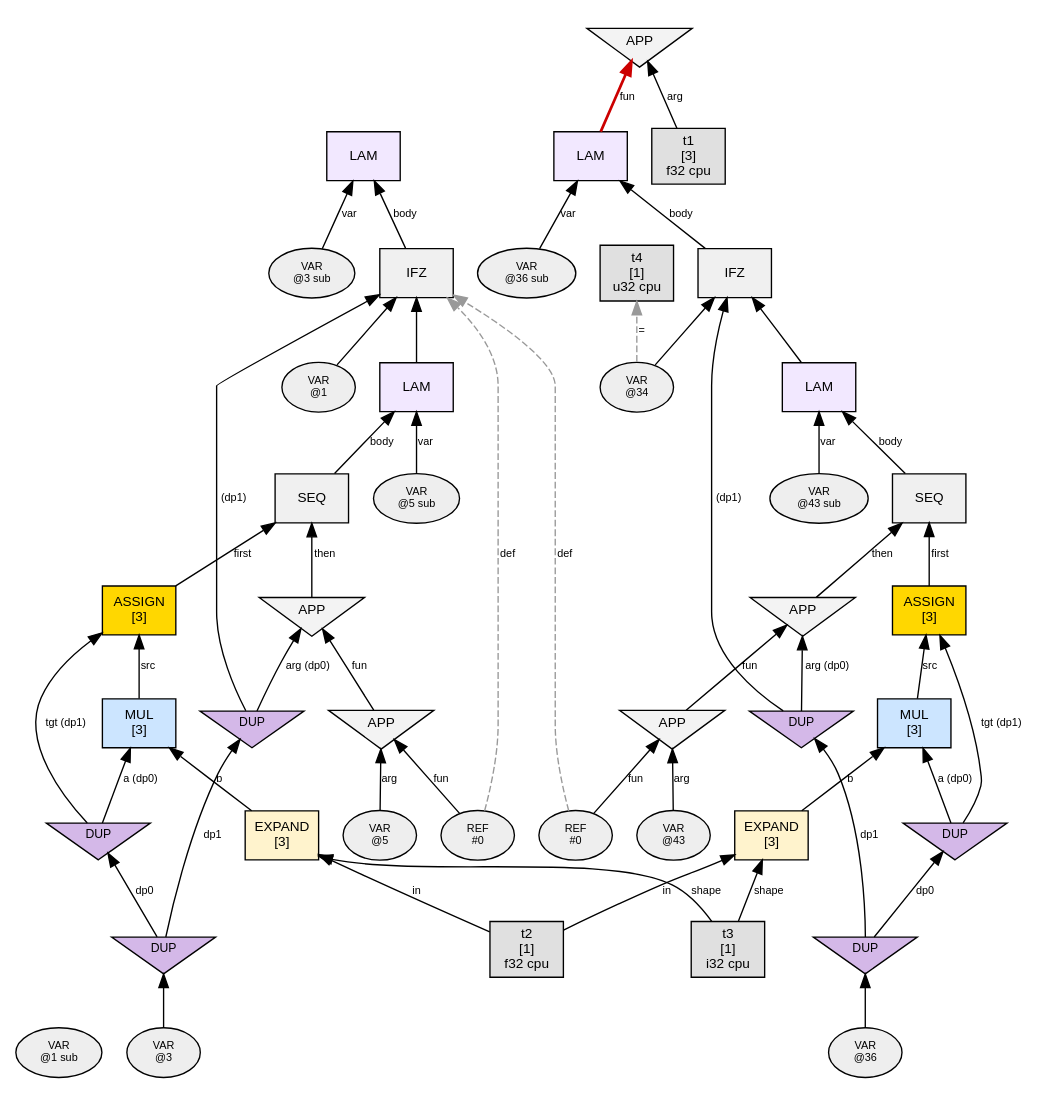
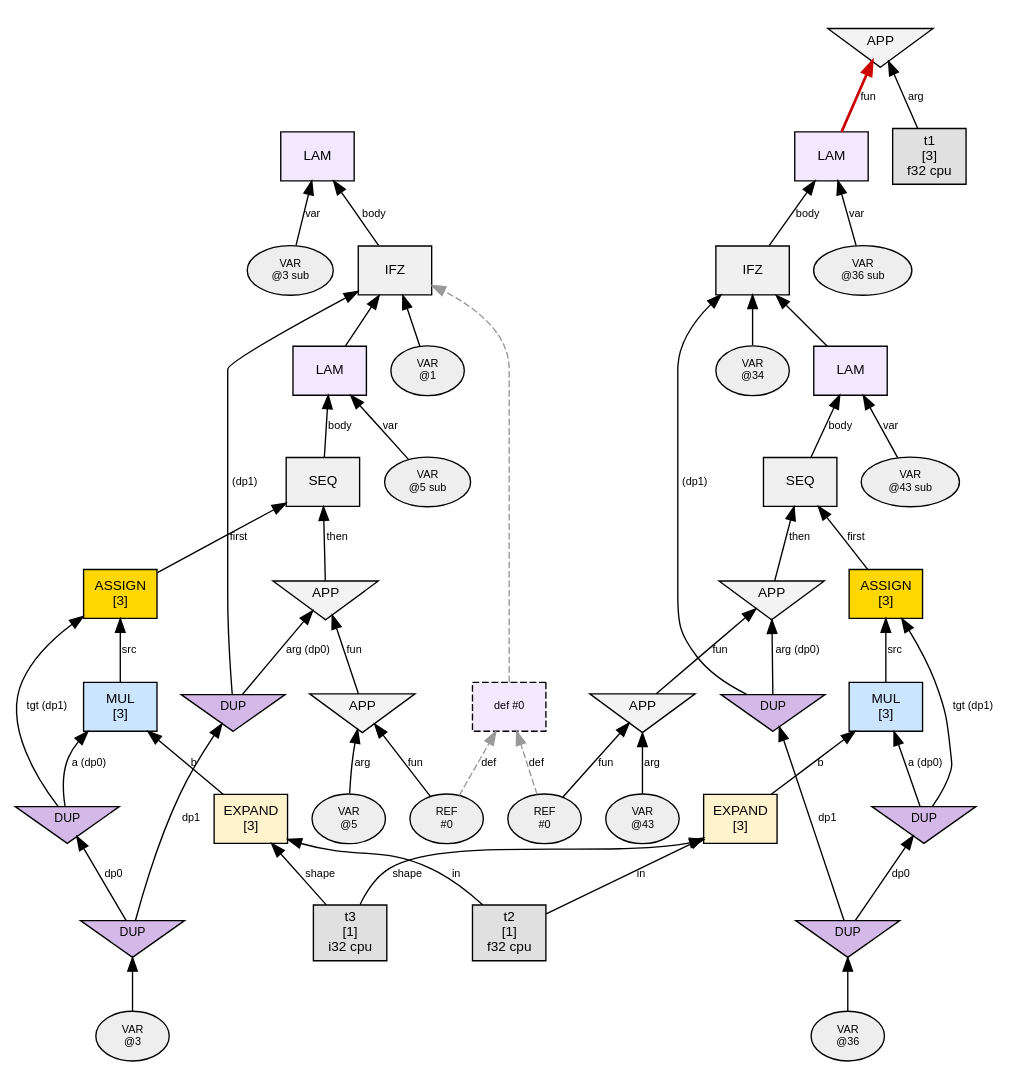
Before and after one commit to sw1sh/TinyHVM: the diagram in phase1_graphs/loop_assign_simple/n2_steps/step_002_interact_APP.dot, drawn with Graphviz. The commit also changed 78 other files, not shown here.

First line of the commit message:
fix: REF→def node, no floating VARs, predict arg0-first, DP/ERA tolerance

```diff
--- a/phase1_graphs/loop_assign_simple/n2_steps/step_002_interact_APP.dot
+++ b/phase1_graphs/loop_assign_simple/n2_steps/step_002_interact_APP.dot
@@ -1,99 +1,98 @@
 digraph G {
   // PREV_INTERACTION: interact_APP
   // NEXT_INTERACTION: interact_APP
   rankdir=BT;
   node [fontname="Helvetica", fontsize=10, style=filled, shape=box, margin="0.1,0.05"];
   edge [fontsize=8, fontname="Helvetica"];
 
-  var1 [label="VAR\n@1 sub", shape=oval, fillcolor="#eeeeee", fontsize=8];
   n3 [label="LAM", shape=box, fillcolor="#f2e8ff"];
   var3 [label="VAR\n@3 sub", shape=oval, fillcolor="#eeeeee", fontsize=8];
   var3 -> n3 [label="var"];
   n26 -> n3 [label="body"];
   n26 [label="IFZ", shape=box, fillcolor="#f0f0f0"];
   var26 [label="VAR\n@1", shape=oval, fillcolor="#eeeeee", fontsize=8];
   var26 -> n26 [label=""];
   dup9 [label="DUP", shape=invtriangle, fillcolor="#d4b8e8", fontsize=9, width=0.7, height=0.5];
   dup7 -> dup9 [label="dp1"];
   dup7 [label="DUP", shape=invtriangle, fillcolor="#d4b8e8", fontsize=9, width=0.7, height=0.5];
   var7 [label="VAR\n@3", shape=oval, fillcolor="#eeeeee", fontsize=8];
   var7 -> dup7;
   dup9 -> n26 [label=" (dp1)"];
   n5 -> n26 [label=""];
-  var5 [label="VAR\n@5 sub", shape=oval, fillcolor="#eeeeee", fontsize=8];
   n24 [label="SEQ", shape=box, fillcolor="#f0f0f0"];
   n18 -> n24 [label="first"];
   n22 -> n24 [label="then"];
   n10 [label="EXPAND\n[3]", shape=box, fillcolor="#fff3cd"];
   t2 [label="t2\n[1]\nf32 cpu",shape=box,fillcolor="#e0e0e0"];
   t2 -> n10 [label="in"];
   t3 [label="t3\n[1]\ni32 cpu",shape=box,fillcolor="#e0e0e0"];
   t3 -> n10 [label="shape"];
   n14 [label="MUL\n[3]", shape=box, fillcolor="#cce5ff"];
   dup8 [label="DUP", shape=invtriangle, fillcolor="#d4b8e8", fontsize=9, width=0.7, height=0.5];
   dup7 -> dup8 [label="dp0"];
   dup8 -> n14 [label="a (dp0)"];
   n10 -> n14 [label="b"];
   ref20 [label="REF\n#0", shape=oval, fillcolor="#eeeeee", fontsize=8];
-  ref20 -> n26 [style=dashed, color="#999999", label="def"];
-  var21 [label="VAR\n@5", shape=oval, fillcolor="#eeeeee", fontsize=8];
+  ref20 -> def0 [style=dashed, color="#999999", label="def"];
   n20 [label="APP", shape=invtriangle, fillcolor="#f3f3f3"];
   ref20 -> n20 [label="fun"];
+  var21 [label="VAR\n@5", shape=oval, fillcolor="#eeeeee", fontsize=8];
   var21 -> n20 [label="arg"];
   n18 [label="ASSIGN\n[3]", shape=box, fillcolor="#ffd700"];
   dup8 -> n18 [label="tgt (dp1)"];
   n14 -> n18 [label="src"];
   n22 [label="APP", shape=invtriangle, fillcolor="#f3f3f3"];
   n20 -> n22 [label="fun"];
   dup9 -> n22 [label="arg (dp0)"];
   n5 [label="LAM", shape=box, fillcolor="#f2e8ff"];
+  var5 [label="VAR\n@5 sub", shape=oval, fillcolor="#eeeeee", fontsize=8];
   var5 -> n5 [label="var"];
   n24 -> n5 [label="body"];
   n36 [label="LAM", shape=box, fillcolor="#f2e8ff"];
   var36 [label="VAR\n@36 sub", shape=oval, fillcolor="#eeeeee", fontsize=8];
   var36 -> n36 [label="var"];
   n38 -> n36 [label="body"];
   n31 [label="APP", shape=invtriangle, fillcolor="#f3f3f3"];
   n36 -> n31 [label="fun",color="#cc0000",penwidth=2.0];
   t1 [label="t1\n[3]\nf32 cpu",shape=box,fillcolor="#e0e0e0"];
   t1 -> n31 [label="arg"];
   n38 [label="IFZ", shape=box, fillcolor="#f0f0f0"];
   var38 [label="VAR\n@34", shape=oval, fillcolor="#eeeeee", fontsize=8];
   var38 -> n38 [label=""];
   dup41 [label="DUP", shape=invtriangle, fillcolor="#d4b8e8", fontsize=9, width=0.7, height=0.5];
   dup42 -> dup41 [label="dp1"];
   dup42 [label="DUP", shape=invtriangle, fillcolor="#d4b8e8", fontsize=9, width=0.7, height=0.5];
   var42 [label="VAR\n@36", shape=oval, fillcolor="#eeeeee", fontsize=8];
   var42 -> dup42;
   dup41 -> n38 [label=" (dp1)"];
   n43 -> n38 [label=""];
-  t4 [label="t4\n[1]\nu32 cpu",shape=box,fillcolor="#e0e0e0"];
-  var38 -> t4 [style=dashed, color="#999999", label="="];
   n43 [label="LAM", shape=box, fillcolor="#f2e8ff"];
   var43 [label="VAR\n@43 sub", shape=oval, fillcolor="#eeeeee", fontsize=8];
   var43 -> n43 [label="var"];
   n45 -> n43 [label="body"];
   n45 [label="SEQ", shape=box, fillcolor="#f0f0f0"];
   n47 -> n45 [label="first"];
   n54 -> n45 [label="then"];
   n47 [label="ASSIGN\n[3]", shape=box, fillcolor="#ffd700"];
   dup49 [label="DUP", shape=invtriangle, fillcolor="#d4b8e8", fontsize=9, width=0.7, height=0.5];
   dup42 -> dup49 [label="dp0"];
   dup49 -> n47 [label="tgt (dp1)"];
   n50 -> n47 [label="src"];
   n54 [label="APP", shape=invtriangle, fillcolor="#f3f3f3"];
   n56 -> n54 [label="fun"];
   dup41 -> n54 [label="arg (dp0)"];
   n50 [label="MUL\n[3]", shape=box, fillcolor="#cce5ff"];
   dup49 -> n50 [label="a (dp0)"];
   n52 -> n50 [label="b"];
   n52 [label="EXPAND\n[3]", shape=box, fillcolor="#fff3cd"];
   t2 -> n52 [label="in"];
   t3 -> n52 [label="shape"];
   n56 [label="APP", shape=invtriangle, fillcolor="#f3f3f3"];
   ref56 [label="REF\n#0", shape=oval, fillcolor="#eeeeee", fontsize=8];
   ref56 -> n56 [label="fun"];
   var57 [label="VAR\n@43", shape=oval, fillcolor="#eeeeee", fontsize=8];
   var57 -> n56 [label="arg"];
-  ref56 -> n26 [style=dashed, color="#999999", label="def"];
+  ref56 -> def0 [style=dashed, color="#999999", label="def"];
+  def0 [label="def #0", shape=box, fillcolor="#f2e8ff", style="filled,dashed", fontsize=8];
+  def0 -> n26 [style=dashed, color="#999999"];
 }
```
